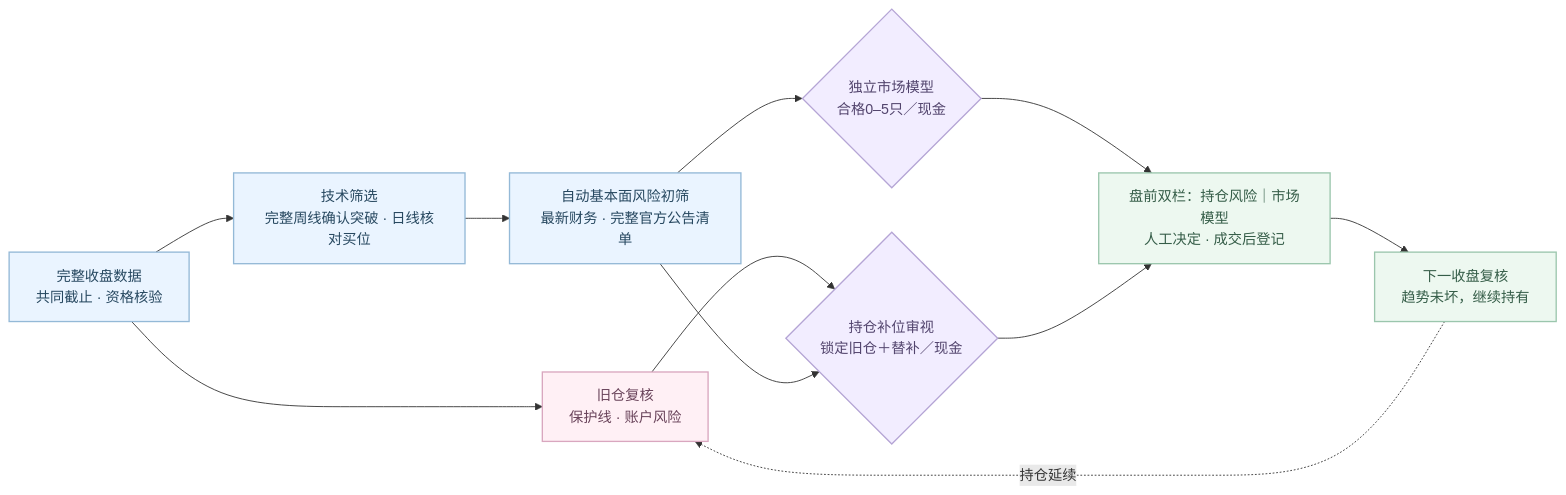
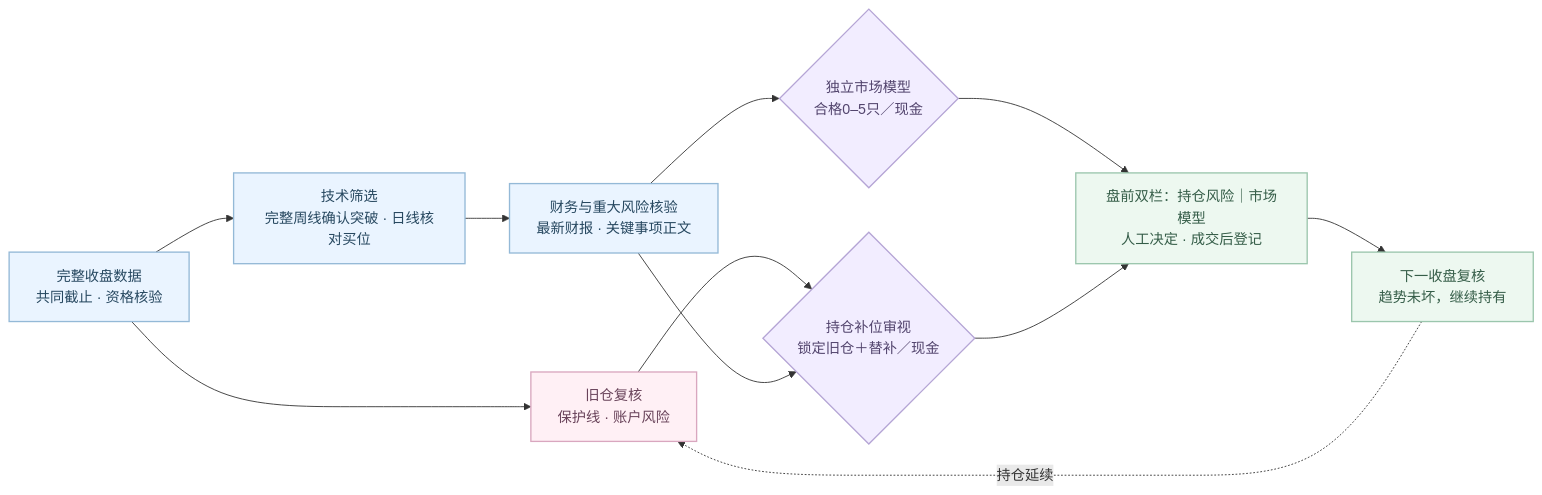
One commit to zerongwong/a-share-lab changed the diagram in README.md. Above: the diagram before and after it, drawn with Mermaid. The commit also changed other lines of this file and 19 other files, not shown here.

````diff
--- a/README.md
+++ b/README.md
@@ -18,24 +18,24 @@
 ```mermaid
 flowchart LR
     D["完整收盘数据<br/>共同截止 · 资格核验"]
     H["旧仓复核<br/>保护线 · 账户风险"]
     N["技术筛选<br/>完整周线确认突破 · 日线核对买位"]
-    F["自动基本面风险初筛<br/>最新财务 · 完整官方公告清单"]
+    F["财务与重大风险核验<br/>最新财报 · 关键事项正文"]
     M{"独立市场模型<br/>合格0–5只／现金"}
     J{"持仓补位审视<br/>锁定旧仓＋替补／现金"}
     R["盘前双栏：持仓风险｜市场模型<br/>人工决定 · 成交后登记"]
     V["下一收盘复核<br/>趋势未坏，继续持有"]
     D --> H & N
     H --> J
     N --> F --> M & J
     M & J --> R --> V
     V -. 持仓延续 .-> H
     classDef sky fill:#eaf4ff,stroke:#94b9d7,color:#274860,stroke-width:1.5px;
     classDef rose fill:#fff0f5,stroke:#d9a7bf,color:#69435a,stroke-width:1.5px;
     classDef mint fill:#edf8f0,stroke:#9bc6ad,color:#355d48,stroke-width:1.5px;
     classDef lavender fill:#f2edff,stroke:#b5a5d5,color:#52446d,stroke-width:1.5px;
     class D,N,F sky;
     class H rose;
     class M,J lavender;
     class R,V mint;
 ```
````
